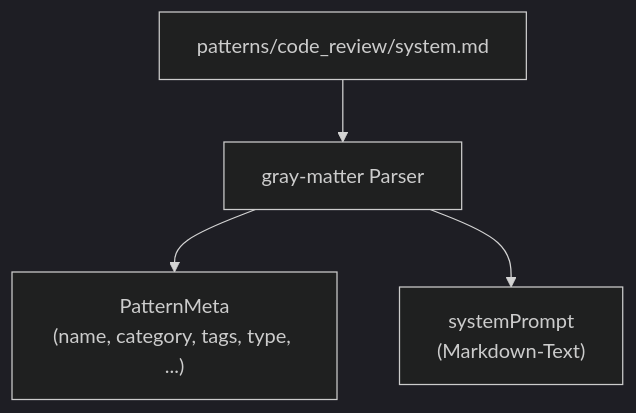
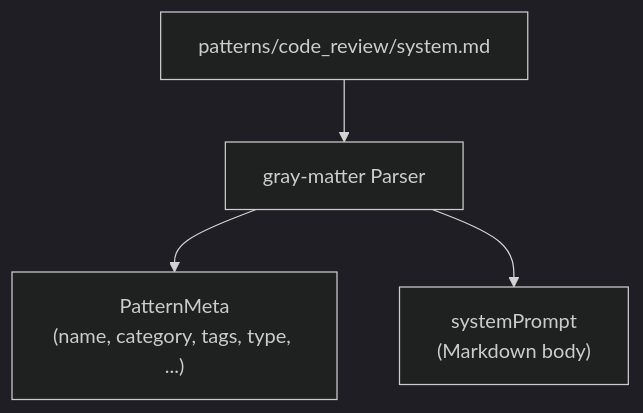
One commit to trosinde/AIOS changed the second of 5 diagrams in docs/ARCHITECTURE.md. Above: the diagram before and after it, drawn with Mermaid (dark theme). The commit also changed other lines of this file and 14 other files, not shown here.

````diff
--- a/docs/ARCHITECTURE.md
+++ b/docs/ARCHITECTURE.md
@@ -68,11 +71,11 @@
 ```mermaid
 graph TD
     File["patterns/code_review/system.md"]
     GM["gray-matter Parser"]
     Meta["PatternMeta<br/>(name, category, tags, type, ...)"]
-    Prompt["systemPrompt<br/>(Markdown-Text)"]
+    Prompt["systemPrompt<br/>(Markdown body)"]
 
     File --> GM
     GM --> Meta
     GM --> Prompt
 ```
````
